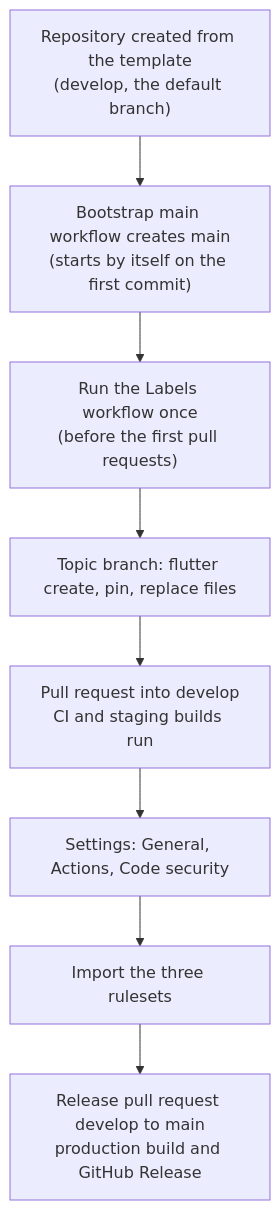
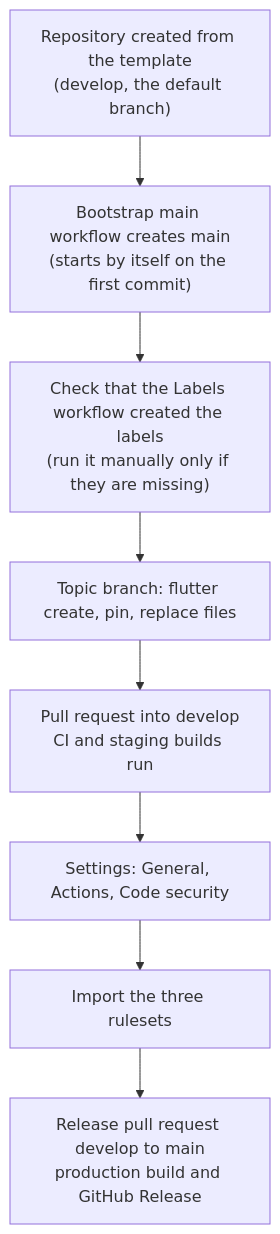
The fourth of 12 diagrams in README.md (alihaidar0/flutter-template), drawn with Mermaid before and after one commit. The commit also changed other lines of this file and 6 other files, not shown here.

First line of the commit message:
fix: align labels, pre-push and format check with the first run

````diff
--- a/README.md
+++ b/README.md
@@ -273,10 +287,10 @@
 ```mermaid
 flowchart TD
     B1["Repository created from the template<br/>(develop, the default branch)"] --> B2["Bootstrap main workflow creates main<br/>(starts by itself on the first commit)"]
-    B2 --> B6["Run the Labels workflow once<br/>(before the first pull requests)"]
+    B2 --> B6["Check that the Labels workflow created the labels<br/>(run it manually only if they are missing)"]
     B6 --> B3["Topic branch: flutter create, pin, replace files"]
     B3 --> B4["Pull request into develop<br/>CI and staging builds run"]
     B4 --> B5["Settings: General, Actions, Code security"]
     B5 --> B7["Import the three rulesets"]
     B7 --> B8["Release pull request develop to main<br/>production build and GitHub Release"]
 ```
````
